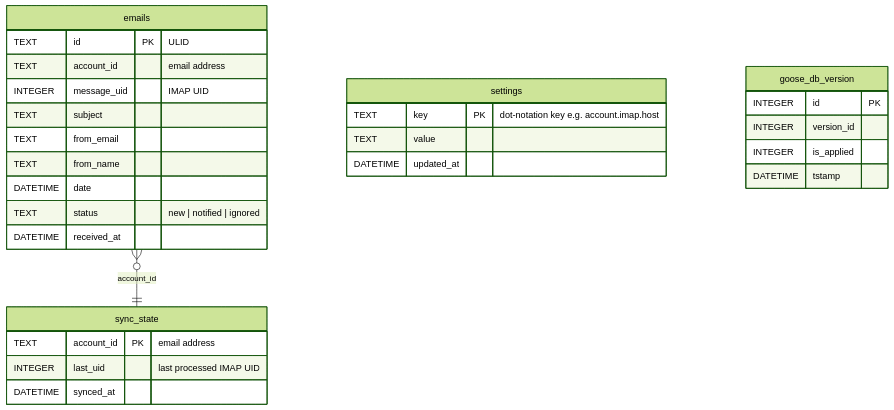
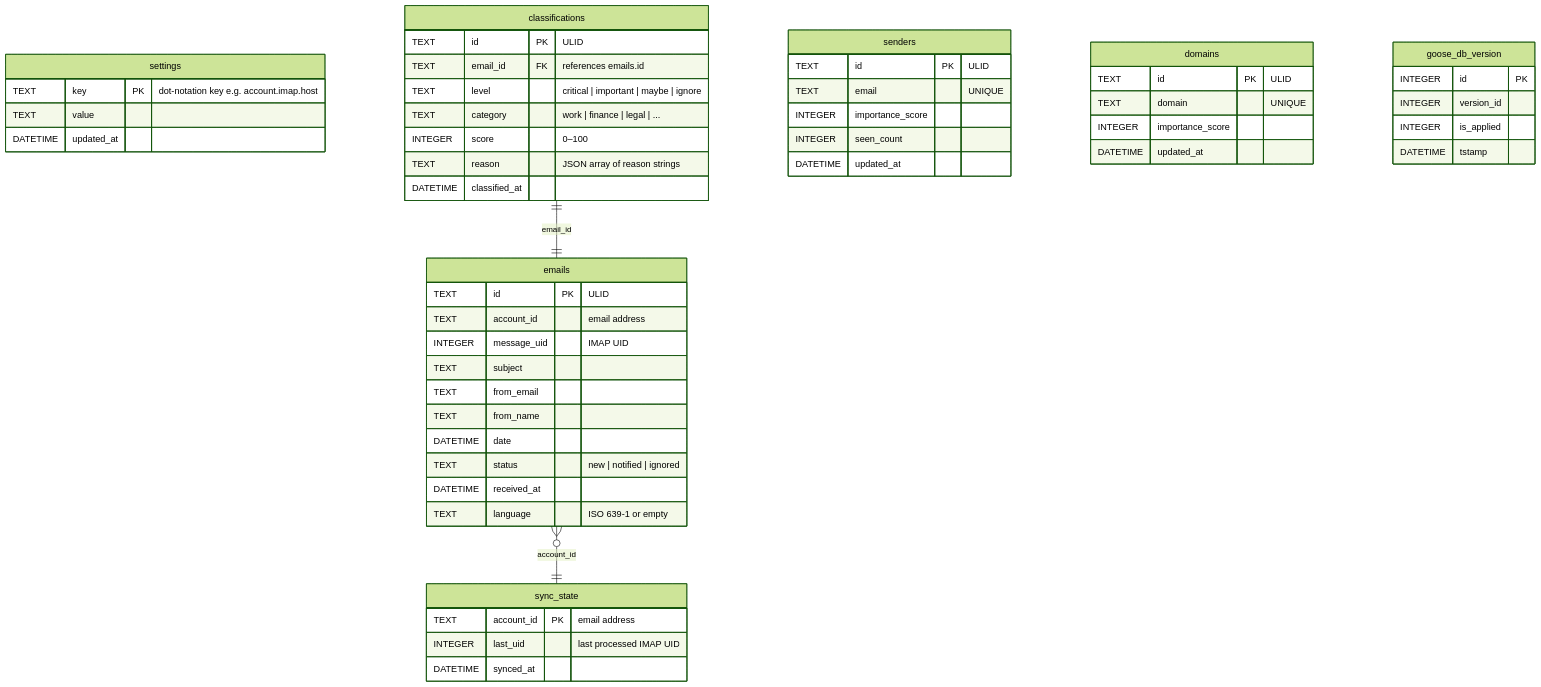
The diagram in docs/db-schema.md (paperspell/email-assistant), drawn with Mermaid (forest theme) before and after one commit. The commit also changed other lines of this file and 11 other files, not shown here.

````diff
--- a/docs/db-schema.md
+++ b/docs/db-schema.md
@@ -7,35 +7,62 @@
 ```mermaid
 erDiagram
     emails {
         TEXT id PK "ULID"
         TEXT account_id "email address"
         INTEGER message_uid "IMAP UID"
         TEXT subject
         TEXT from_email
         TEXT from_name
         DATETIME date
         TEXT status "new | notified | ignored"
         DATETIME received_at
+        TEXT language "ISO 639-1 or empty"
     }
 
     sync_state {
         TEXT account_id PK "email address"
         INTEGER last_uid "last processed IMAP UID"
         DATETIME synced_at
     }
 
     settings {
         TEXT key PK "dot-notation key e.g. account.imap.host"
         TEXT value
         DATETIME updated_at
     }
 
+    classifications {
+        TEXT id PK "ULID"
+        TEXT email_id FK "references emails.id"
+        TEXT level "critical | important | maybe | ignore"
+        TEXT category "work | finance | legal | ..."
+        INTEGER score "0–100"
+        TEXT reason "JSON array of reason strings"
+        DATETIME classified_at
+    }
+
+    senders {
+        TEXT id PK "ULID"
+        TEXT email "UNIQUE"
+        INTEGER importance_score
+        INTEGER seen_count
+        DATETIME updated_at
+    }
+
+    domains {
+        TEXT id PK "ULID"
+        TEXT domain "UNIQUE"
+        INTEGER importance_score
+        DATETIME updated_at
+    }
+
     goose_db_version {
         INTEGER id PK
         INTEGER version_id
         INTEGER is_applied
         DATETIME tstamp
     }
 
     emails }o--|| sync_state : "account_id"
+    classifications ||--|| emails : "email_id"
 ```
````
